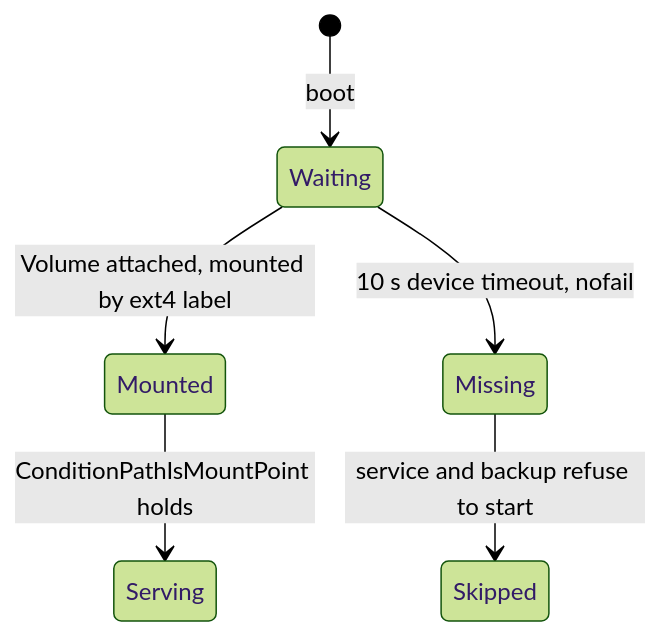
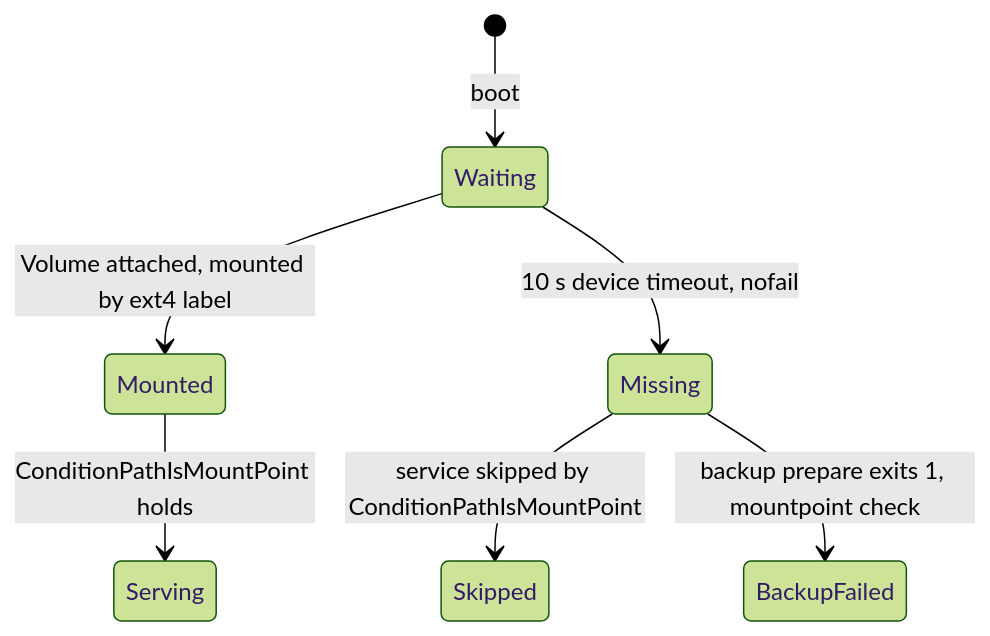
One commit to jeiang/.dotfiles changed the tenth of 22 diagrams in docs/state-machines.md. Above: the diagram before and after it, drawn with Mermaid (forest theme). The commit also changed other lines of this file and 1 other file, not shown here.

First line of the commit message:
docs: correct the backup and Volume guard diagrams

````diff
--- a/docs/state-machines.md
+++ b/docs/state-machines.md
@@ -163,8 +163,9 @@
 ```mermaid
 stateDiagram-v2
     [*] --> Waiting: boot
     Waiting --> Mounted: Volume attached, mounted by ext4 label
     Waiting --> Missing: 10 s device timeout, nofail
     Mounted --> Serving: ConditionPathIsMountPoint holds
-    Missing --> Skipped: service and backup refuse to start
+    Missing --> Skipped: service skipped by ConditionPathIsMountPoint
+    Missing --> BackupFailed: backup prepare exits 1, mountpoint check
 ```
````
